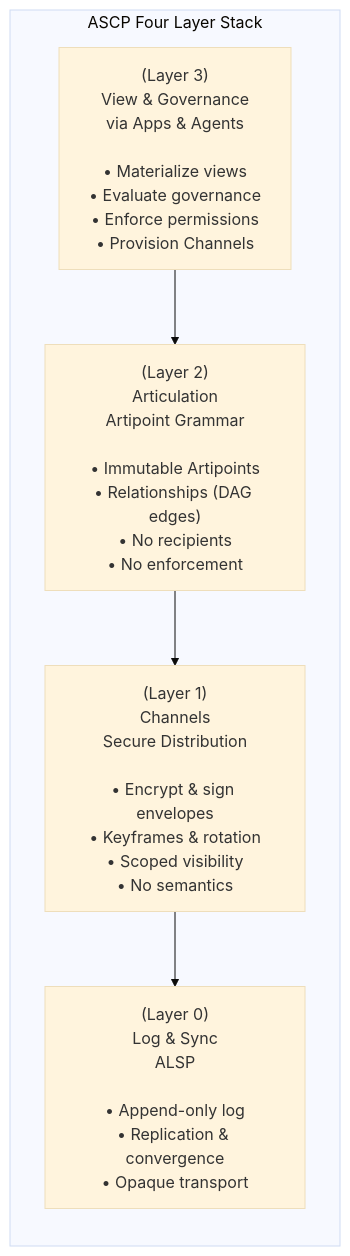
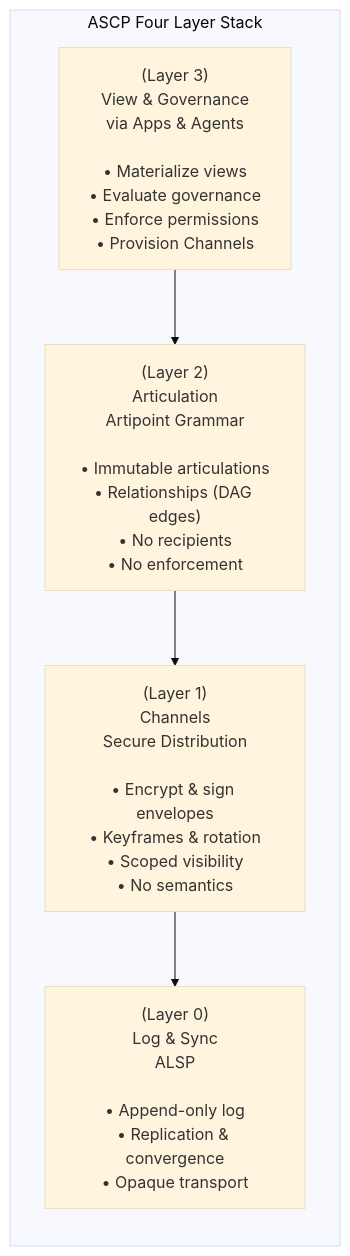
Before and after one commit to Reframe-Technologies/ascp-draft-specs: the diagram in specs/ascp-stack.md, drawn with Mermaid (base theme). The commit also changed 8 other files, not shown here.

````diff
--- a/specs/ascp-stack.md
+++ b/specs/ascp-stack.md
@@ -1,14 +1,14 @@
 ```mermaid
 %%{init: {"flowchart": {"curve": "linear"}}}%%
 flowchart LR
 
   %% --- Left: Layer Stack ---
   subgraph STACK["ASCP Four Layer Stack"]
     direction TB
     L3["(Layer 3)<br/>View & Governance<br/>via Apps & Agents<br/><br/>• Materialize views<br/>• Evaluate governance<br/>• Enforce permissions<br/>• Provision Channels"]
-    L2["(Layer 2)<br/>Articulation<br/>Artipoint Grammar<br/><br/>• Immutable Artipoints<br/>• Relationships (DAG edges)<br/>• No recipients<br/>• No enforcement"]
+    L2["(Layer 2)<br/>Articulation<br/>Artipoint Grammar<br/><br/>• Immutable articulations<br/>• Relationships (DAG edges)<br/>• No recipients<br/>• No enforcement"]
     L1["(Layer 1)<br/>Channels<br/>Secure Distribution<br/><br/>• Encrypt & sign envelopes<br/>• Keyframes & rotation<br/>• Scoped visibility<br/>• No semantics"]
     L0["(Layer 0)<br/>Log & Sync<br/>ALSP<br/><br/>• Append-only log<br/>• Replication & convergence<br/>• Opaque transport"]
     L3 --> L2 --> L1 --> L0
   end
 ```
````
